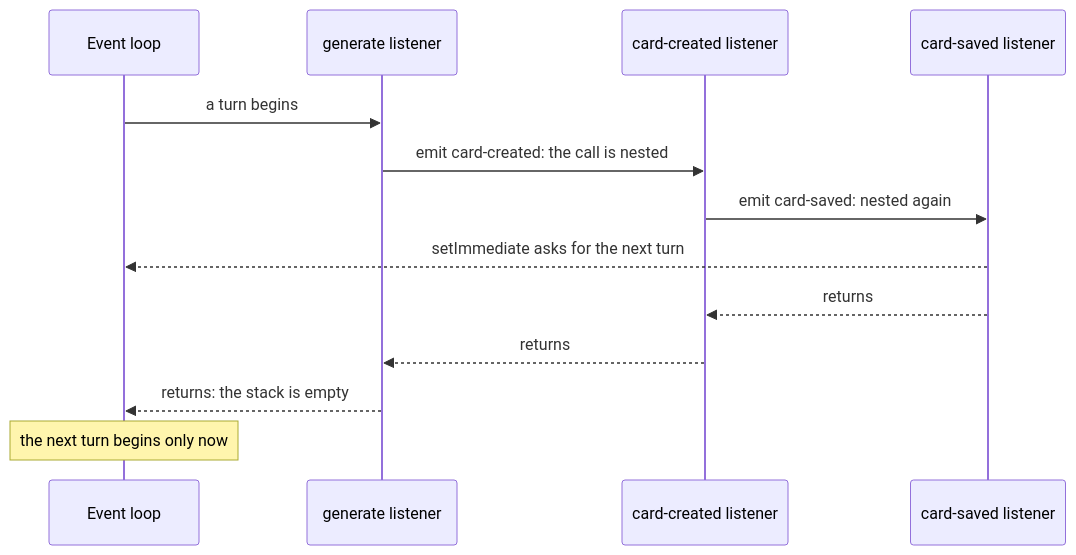
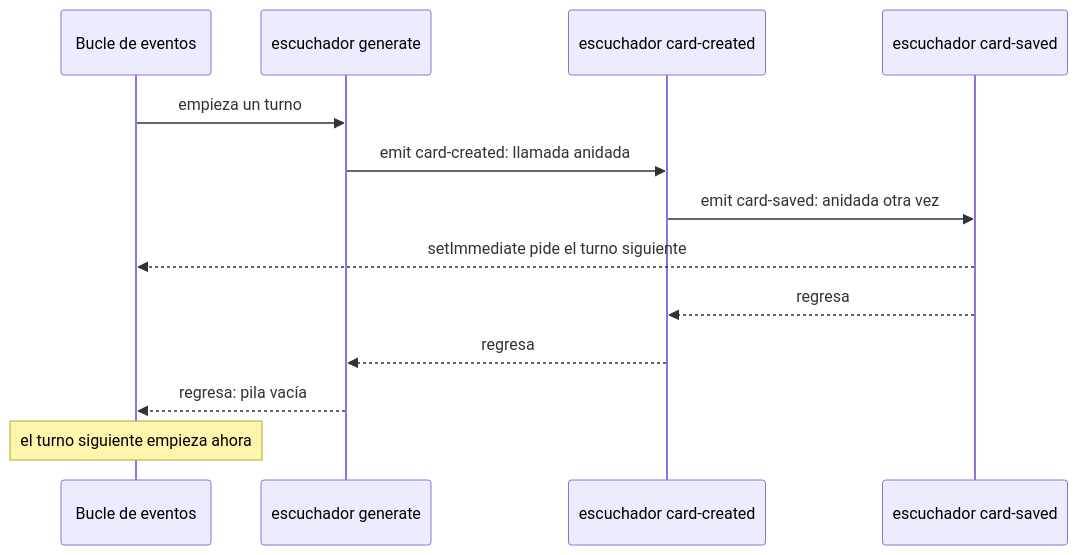
One commit to dullroar/aprende-a-programar-como-un-bicho-raro changed the diagram in lessons/guias-de-estudio/conceptos/eventos-retrollamadas-y-control-reactivo.md. Above: the diagram before and after it, drawn with Mermaid. The commit also changed other lines of this file and 10 other files, not shown here.

````diff
--- a/lessons/guias-de-estudio/conceptos/eventos-retrollamadas-y-control-reactivo.md
+++ b/lessons/guias-de-estudio/conceptos/eventos-retrollamadas-y-control-reactivo.md
@@ -55,17 +55,17 @@
 ```mermaid
 sequenceDiagram
-    accTitle: One turn of scheduled events: emit nests, the event loop separates turns
-    accDescr: A sequence diagram. The event loop starts a turn by calling the generate listener. That listener emits card-created, so the emitter calls the card-created listener inside it. That listener emits card-saved, so the emitter calls the card-saved listener inside it. Each listener then returns, in the reverse order, so the stack unwinds. The last listener has asked the event loop for the next turn with setImmediate. The event loop starts the next turn only after the stack is empty.
-    participant L as Event loop
-    participant G as generate listener
-    participant C as card-created listener
-    participant S as card-saved listener
-    L->>G: a turn begins
-    G->>C: emit card-created: the call is nested
-    C->>S: emit card-saved: nested again
-    S-->>L: setImmediate asks for the next turn
-    S-->>C: returns
-    C-->>G: returns
-    G-->>L: returns: the stack is empty
-    Note over L: the next turn begins only now
+    accTitle: Un turno de eventos programados: emit anida las llamadas y el bucle de eventos separa los turnos
+    accDescr: Un diagrama de secuencia. El bucle de eventos inicia un turno al llamar al escuchador de eventos generate. Ese escuchador emite card-created, así que el emisor llama al escuchador de eventos card-created dentro de él. Ese escuchador emite card-saved, así que el emisor llama al escuchador de eventos card-saved dentro de él. Luego cada escuchador regresa, en orden inverso, así que la pila se desenrolla. El último escuchador le ha pedido al bucle de eventos el turno siguiente con setImmediate. El bucle de eventos inicia el turno siguiente solo cuando la pila está vacía.
+    participant L as Bucle de eventos
+    participant G as escuchador generate
+    participant C as escuchador card-created
+    participant S as escuchador card-saved
+    L->>G: empieza un turno
+    G->>C: emit card-created: llamada anidada
+    C->>S: emit card-saved: anidada otra vez
+    S-->>L: setImmediate pide el turno siguiente
+    S-->>C: regresa
+    C-->>G: regresa
+    G-->>L: regresa: pila vacía
+    Note over L: el turno siguiente empieza ahora
 ```
````
